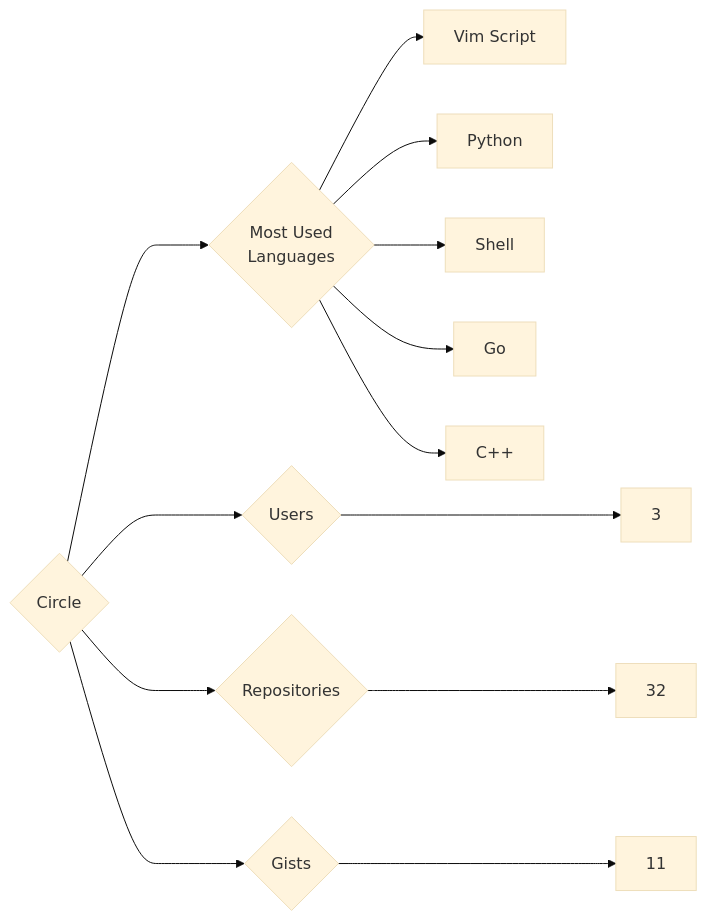
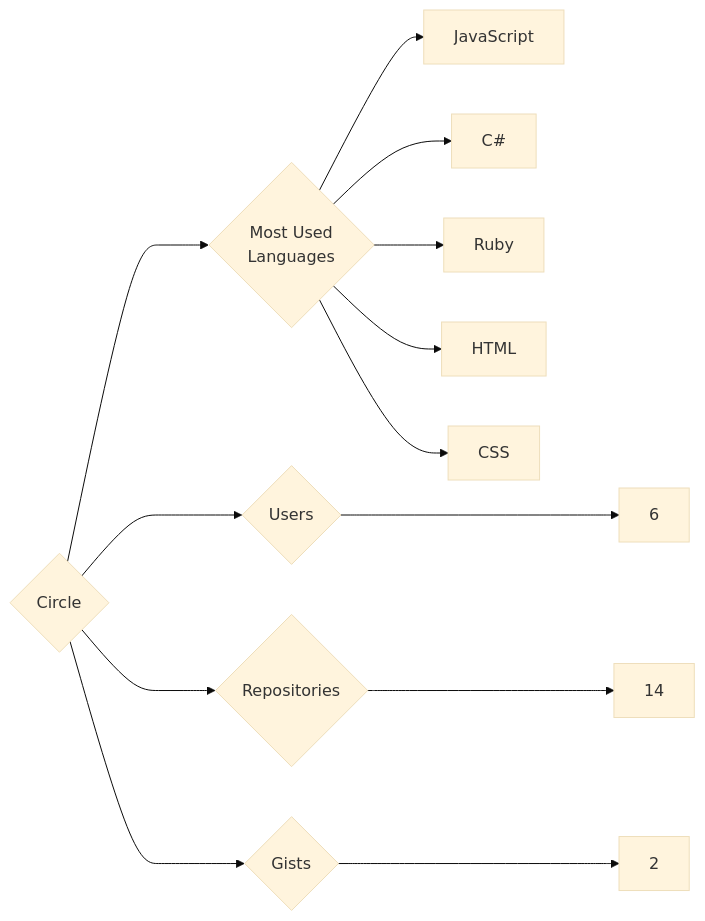
Before and after one commit to trickest/insiders: the diagram in targets/Circle/README.md, drawn with Mermaid (base theme). The commit also changed 1167 other files, not shown here.

````diff
--- a/targets/Circle/README.md
+++ b/targets/Circle/README.md
@@ -3,13 +3,13 @@
 ```mermaid
 graph LR
 COMPANY_NAME{Circle}
-COMPANY_NAME ---> U{Users} ---> UN[3]
-COMPANY_NAME ---> R{Repositories} ---> RN[32]
-COMPANY_NAME ---> G{Gists} ---> GN[11]
+COMPANY_NAME ---> U{Users} ---> UN[6]
+COMPANY_NAME ---> R{Repositories} ---> RN[14]
+COMPANY_NAME ---> G{Gists} ---> GN[2]
 COMPANY_NAME ---> ML{Most Used<br>Languages}
-ML --> Vim_Script[Vim Script]
-ML --> Python[Python]
-ML --> Shell[Shell]
-ML --> Go[Go]
-ML --> C++[C++]
+ML --> JavaScript[JavaScript]
+ML --> C#[C#]
+ML --> Ruby[Ruby]
+ML --> HTML[HTML]
+ML --> CSS[CSS]
 ```
````
